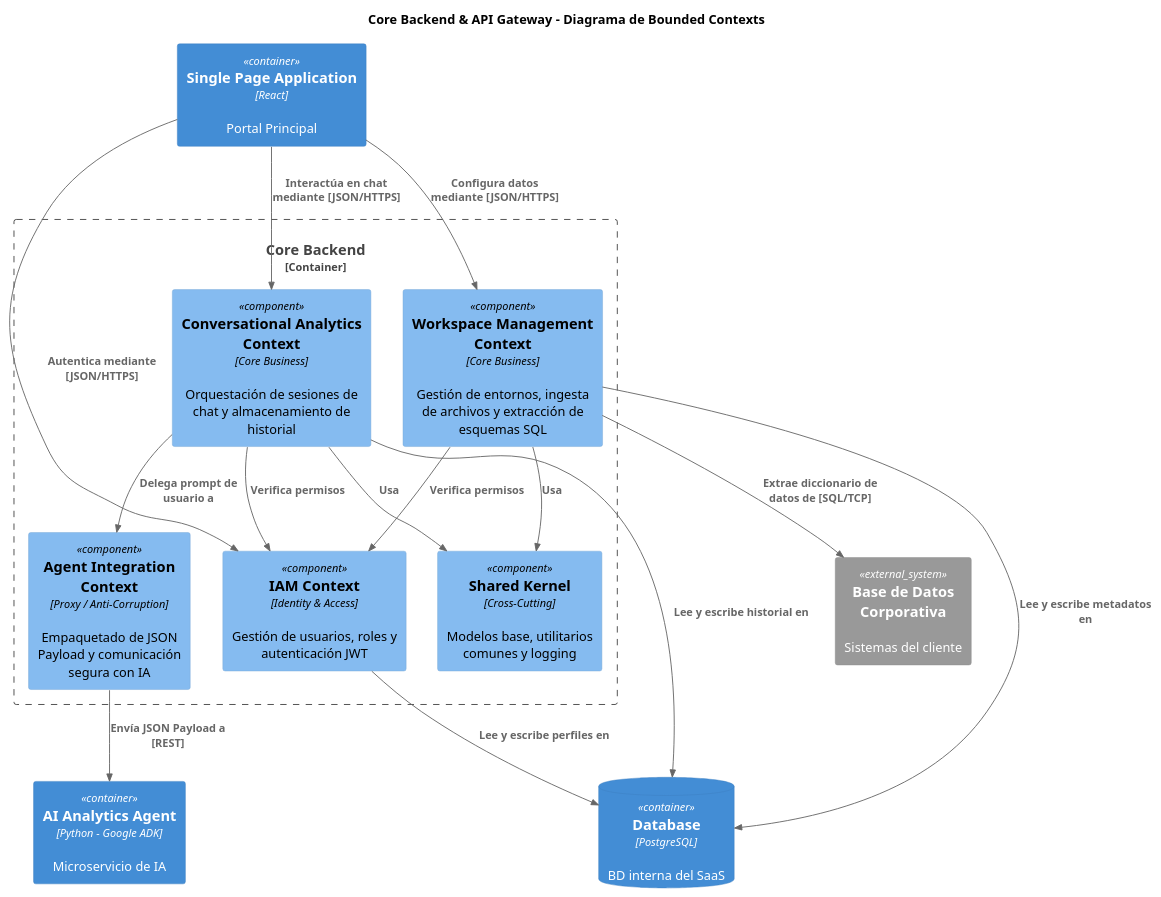
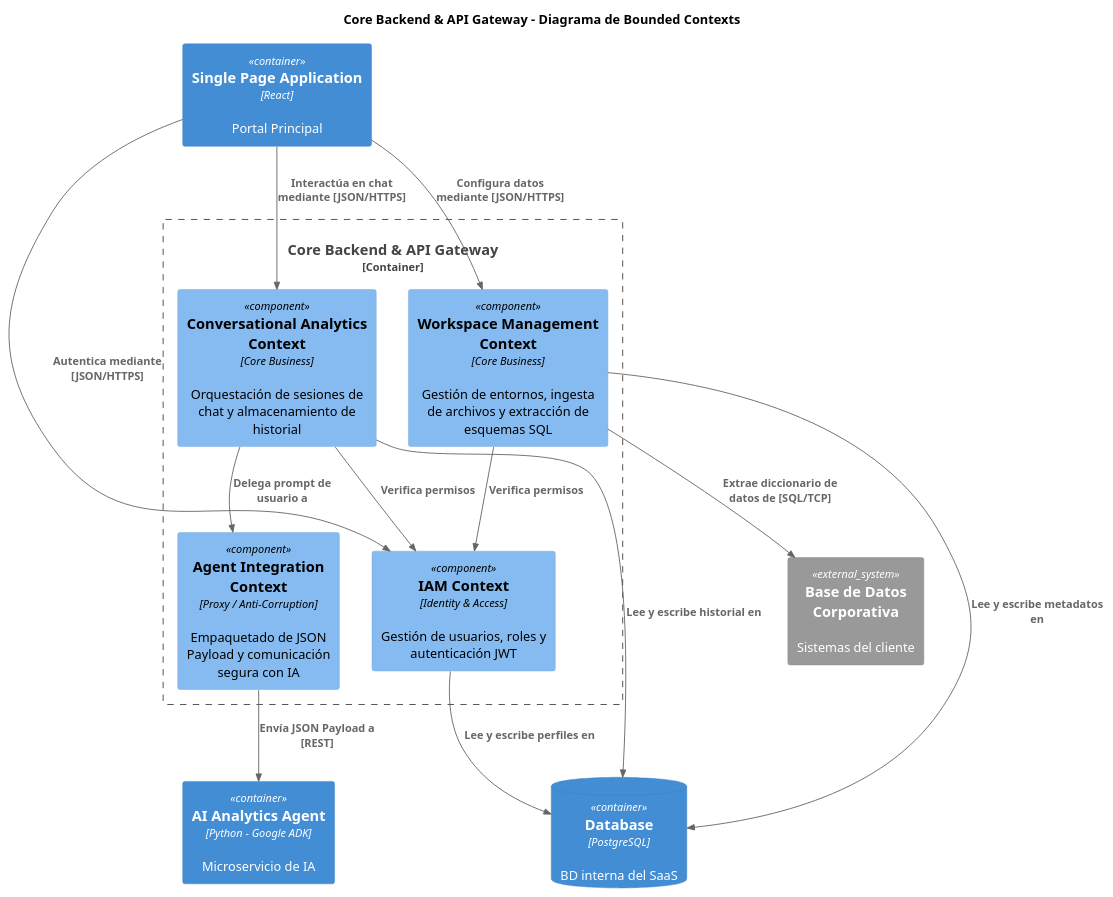
Before and after one commit to Fernando7932/uml-pymenet-models: the diagram in c4_model/n3-bounded_context.puml, drawn with PlantUML. The commit also changed 25 other files, not shown here.

Commit message:
feat(UseCases): Add Use Cases Diagrams

```diff
--- a/c4_model/n3-bounded_context.puml
+++ b/c4_model/n3-bounded_context.puml
@@ -1,40 +1,37 @@
 @startuml "Components-Bounded Contexts"
 !includeurl https://raw.githubusercontent.com/plantuml-stdlib/C4-PlantUML/master/C4_Component.puml
 
 title Core Backend & API Gateway - Diagrama de Bounded Contexts
 
 ' Contenedores externos
 Container(spa, "Single Page Application", "React", "Portal Principal")
 Container(ai_engine, "AI Analytics Agent", "Python - Google ADK", "Microservicio de IA")
 ContainerDb(db, "Database", "PostgreSQL", "BD interna del SaaS")
 System_Ext(client_db, "Base de Datos Corporativa", "Sistemas del cliente")
 
 ' Límite del Contenedor Backend
-Container_Boundary(api, "Core Backend") {
+Container_Boundary(api, "Core Backend & API Gateway") {
     Component(iam, "IAM Context", "Identity & Access", "Gestión de usuarios, roles y autenticación JWT")
     Component(workspaces, "Workspace Management Context", "Core Business", "Gestión de entornos, ingesta de archivos y extracción de esquemas SQL")
     Component(analytics, "Conversational Analytics Context", "Core Business", "Orquestación de sesiones de chat y almacenamiento de historial")
     Component(integration, "Agent Integration Context", "Proxy / Anti-Corruption", "Empaquetado de JSON Payload y comunicación segura con IA")
-    Component(shared, "Shared Kernel", "Cross-Cutting", "Modelos base, utilitarios comunes y logging")
 }
 
 ' Relaciones desde el exterior
 Rel(spa, iam, "Autentica mediante [JSON/HTTPS]")
 Rel(spa, workspaces, "Configura datos mediante [JSON/HTTPS]")
 Rel(spa, analytics, "Interactúa en chat mediante [JSON/HTTPS]")
 
 ' Relaciones internas
 Rel(workspaces, iam, "Verifica permisos")
 Rel(analytics, iam, "Verifica permisos")
 Rel(analytics, integration, "Delega prompt de usuario a")
-Rel(workspaces, shared, "Usa")
-Rel(analytics, shared, "Usa")
 
 ' Relaciones hacia el exterior
 Rel(integration, ai_engine, "Envía JSON Payload a [REST]")
 Rel(workspaces, client_db, "Extrae diccionario de datos de [SQL/TCP]")
 Rel(iam, db, "Lee y escribe perfiles en")
 Rel(workspaces, db, "Lee y escribe metadatos en")
 Rel(analytics, db, "Lee y escribe historial en")
 
 @enduml
```
